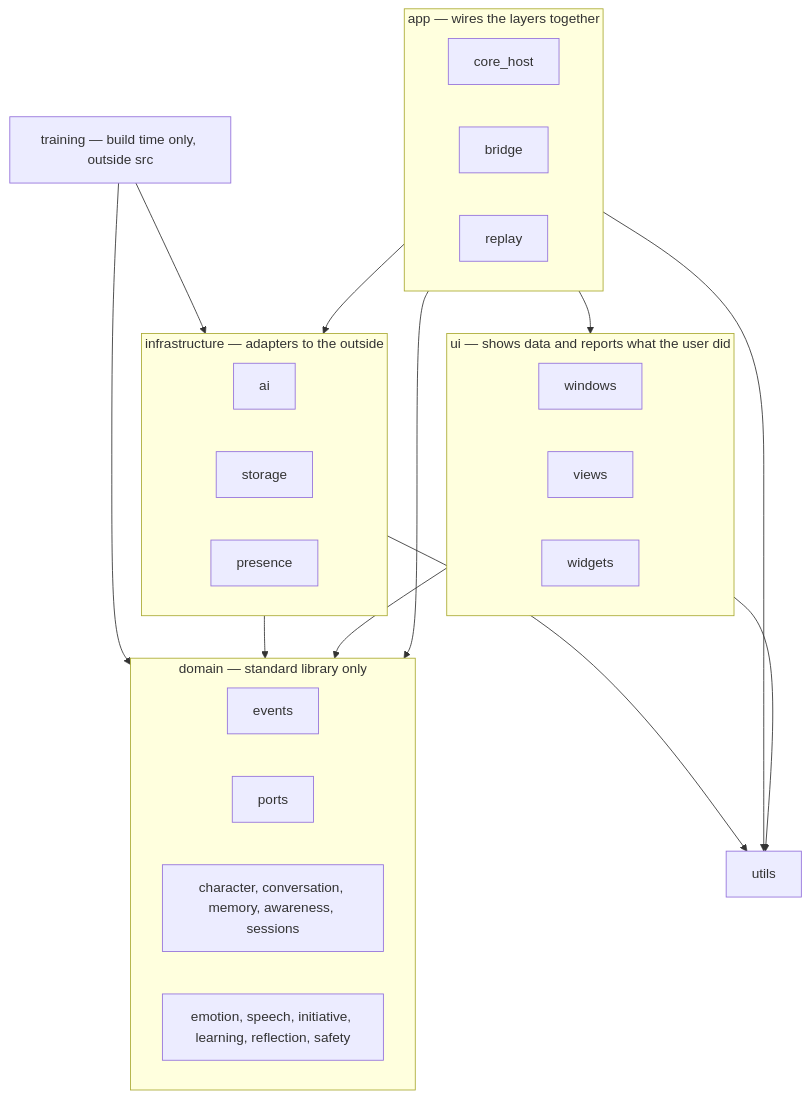
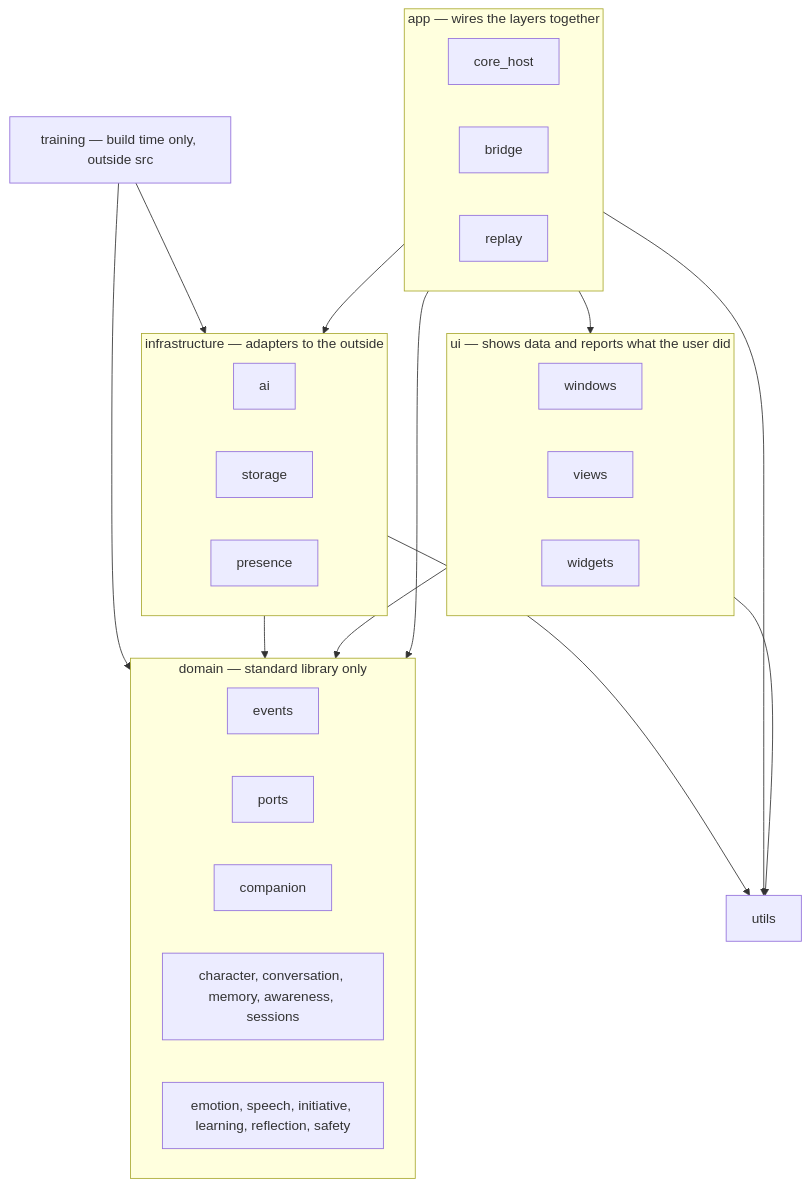
Before and after one commit to NguyenVu04/cognia: the first of 46 diagrams in docs/architecture/ARCHITECTURE.md, drawn with Mermaid. The commit also changed other lines of this file and 27 other files, not shown here.

````diff
--- a/docs/architecture/ARCHITECTURE.md
+++ b/docs/architecture/ARCHITECTURE.md
@@ -291,41 +291,42 @@
 ```mermaid
 flowchart TB
     subgraph ui["ui — shows data and reports what the user did"]
         windows["windows"]
         views["views"]
         widgets["widgets"]
     end
 
     subgraph app["app — wires the layers together"]
         core_host["core_host"]
         bridge["bridge"]
         replay["replay"]
     end
 
     subgraph domain["domain — standard library only"]
         events["events"]
         ports["ports"]
+        companion["companion"]
         features["character, conversation, memory, awareness, sessions"]
         behaviour["emotion, speech, initiative, learning, reflection, safety"]
     end
 
     subgraph infrastructure["infrastructure — adapters to the outside"]
         ai["ai"]
         storage["storage"]
         presence["presence"]
     end
 
     utils["utils"]
     training["training — build time only, outside src"]
 
     app --> ui
     app --> domain
     app --> infrastructure
     ui --> domain
     infrastructure --> domain
     ui --> utils
     app --> utils
     infrastructure --> utils
     training --> domain
     training --> infrastructure
 ```
````
